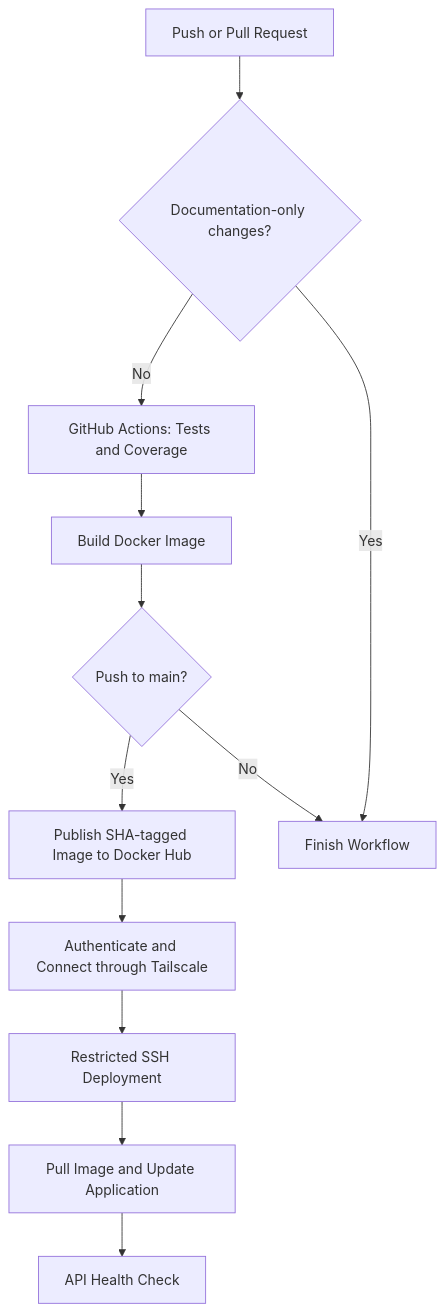
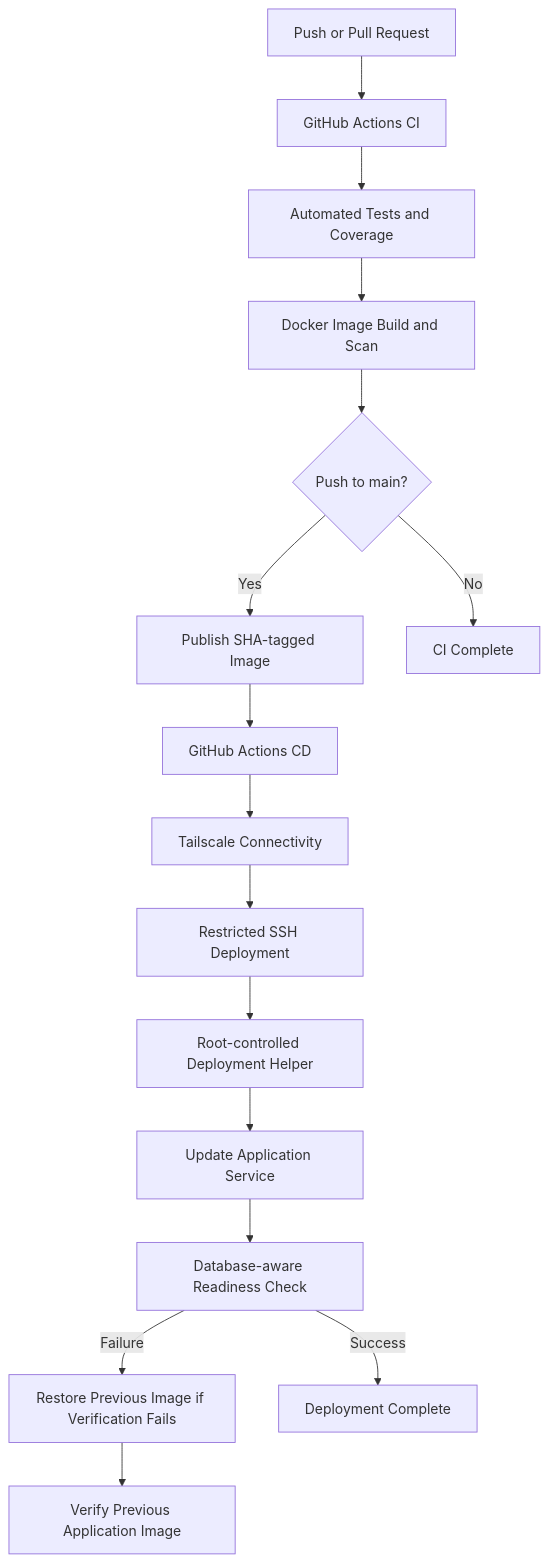
Before and after one commit to SufiyanKhanCloud/homelab-devops-labs: the second of 2 diagrams in README.md, drawn with Mermaid. The commit also changed other lines of this file, not shown here.

Commit message:
docs: update main repository overview

````diff
--- a/README.md
+++ b/README.md
@@ -55,26 +61,32 @@
 ```mermaid
 flowchart TD
     Event["Push or Pull Request"]
-    Filter{"Documentation-only changes?"}
-    Tests["GitHub Actions: Tests and Coverage"]
-    Build["Build Docker Image"]
-    Decision{"Push to main?"}
-    Publish["Publish SHA-tagged Image to Docker Hub"]
-    Tailscale["Authenticate and Connect through Tailscale"]
+    CI["GitHub Actions CI"]
+    Tests["Automated Tests and Coverage"]
+    Build["Docker Image Build and Scan"]
+    Main{"Push to main?"}
+    Publish["Publish SHA-tagged Image"]
+    CD["GitHub Actions CD"]
+    VPN["Tailscale Connectivity"]
     SSH["Restricted SSH Deployment"]
-    Deploy["Pull Image and Update Application"]
-    Health["API Health Check"]
-    End["Finish Workflow"]
+    Helper["Root-controlled Deployment Helper"]
+    Deploy["Update Application Service"]
+    Ready["Database-aware Readiness Check"]
+    Rollback["Restore Previous Image if Verification Fails"]
 
-    Event --> Filter
-    Filter -->|Yes| End
-    Filter -->|No| Tests
+    Event --> CI
+    CI --> Tests
     Tests --> Build
-    Build --> Decision
-    Decision -->|Yes| Publish
-    Publish --> Tailscale
-    Tailscale --> SSH
-    SSH --> Deploy
-    Deploy --> Health
-    Decision -->|No| End
+    Build --> Main
+    Main -->|No| End["CI Complete"]
+    Main -->|Yes| Publish
+    Publish --> CD
+    CD --> VPN
+    VPN --> SSH
+    SSH --> Helper
+    Helper --> Deploy
+    Deploy --> Ready
+    Ready -->|Success| Success["Deployment Complete"]
+    Ready -->|Failure| Rollback
+    Rollback --> Recovery["Verify Previous Application Image"]
 ```
````
